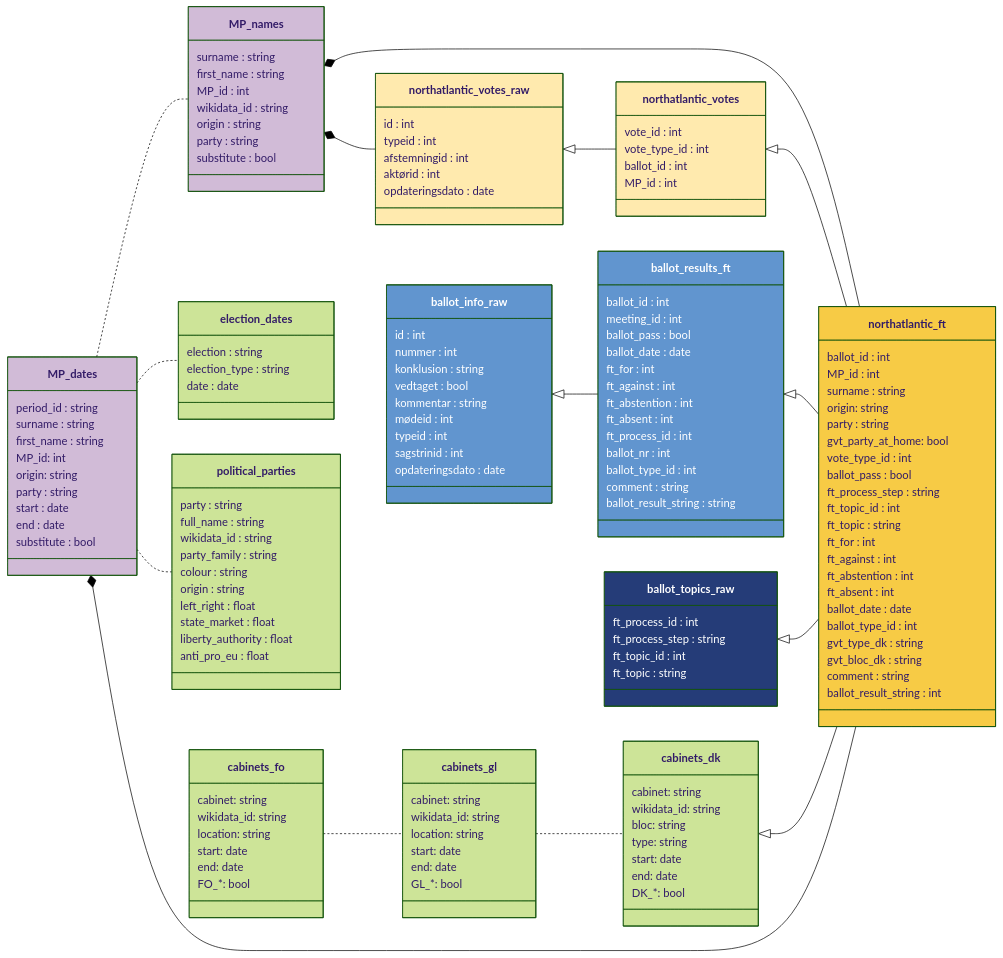
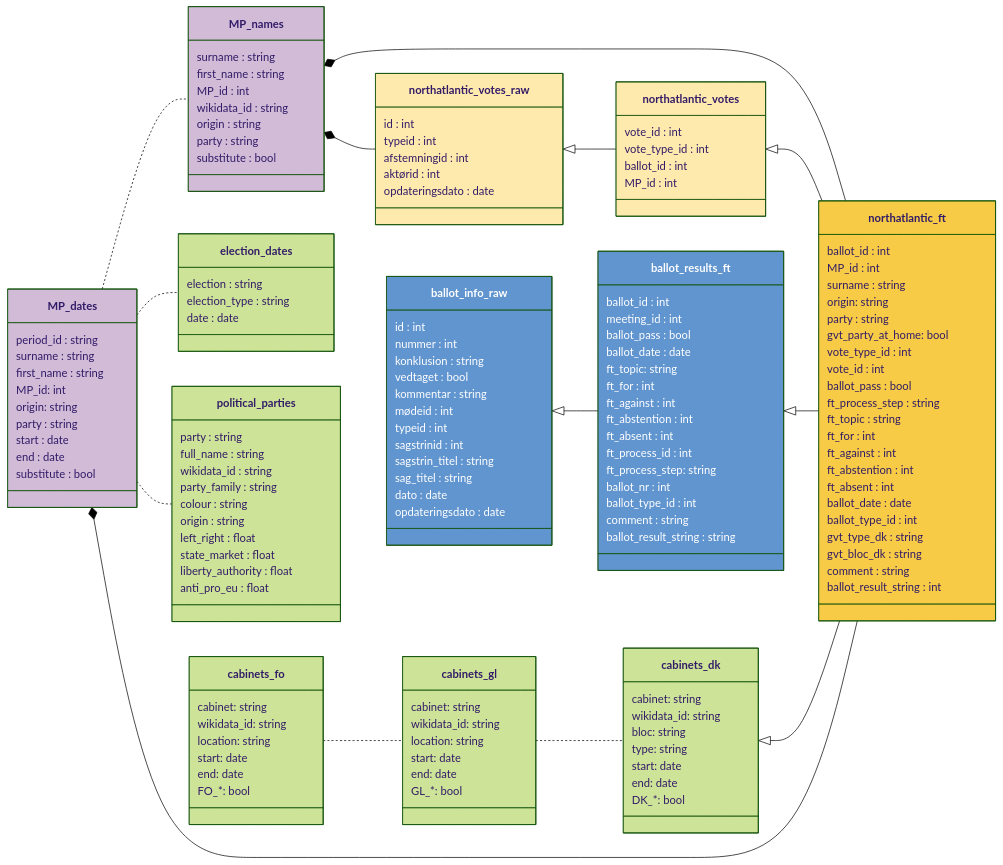
The diagram in docs/codebook.qmd (mtwente/nordatlantisk-ft), drawn with Mermaid (forest theme) before and after one commit. The commit also changed other lines of this file and 29 other files, not shown here.

````diff
--- a/docs/codebook.qmd
+++ b/docs/codebook.qmd
@@ -101,6 +100,6 @@
 ```{mermaid datamodel}
 %%| label: fig-datamodel
-%%| fig-cap: Chart illustrating the files used to create the dataset including variable names and types. Click on an element to jump to its description in the codebook.
+%%| fig-cap: Chart illustrating the files used to create the dataset including variable names and types.
 
 classDiagram
     direction LR
@@ -113,7 +112,6 @@
 
     northatlantic_votes <|-- northatlantic_ft
     ballot_results_ft <|-- northatlantic_ft
-    ballot_topics_raw <|-- northatlantic_ft
 
     MP_names *-- northatlantic_votes_raw
     northatlantic_votes_raw <|-- northatlantic_votes
@@ -134,9 +132,9 @@
         party : string
         gvt_party_at_home: bool
         vote_type_id : int
+        vote_id : int
         ballot_pass : bool
         ft_process_step : string
-        ft_topic_id : int
         ft_topic : string
         ft_for : int
         ft_against : int
@@ -190,11 +188,13 @@
         meeting_id : int
         ballot_pass : bool
         ballot_date : date
+        ft_topic: string
         ft_for : int
         ft_against : int
         ft_abstention : int
         ft_absent : int
         ft_process_id : int
+        ft_process_step: string
         ballot_nr : int
         ballot_type_id : int
         comment : string
@@ -210,14 +210,10 @@
         mødeid : int
         typeid : int
         sagstrinid : int
+        sagstrin_titel : string
+        sag_titel : string
+        dato : date
         opdateringsdato : date
-    }
-
-    class ballot_topics_raw {
-        ft_process_id : int
-        ft_process_step : string
-        ft_topic_id : int
-        ft_topic : string
     }
 
     class northatlantic_votes_raw {
@@ -272,8 +268,6 @@
 style ballot_info_raw fill:#6195CF,color:#FFFFFF
 style ballot_results_ft fill:#6195CF,color:#FFFFFF
 
-style ballot_topics_raw fill:#253C78,color:#FFFFFF
-
 style northatlantic_ft fill:#F7CB45
 
 style northatlantic_votes_raw fill:#FFEAAE
@@ -285,12 +279,11 @@
 click MP_dates href "#mp_dates" "tooltip"
 click election_dates href "#election_dates" "tooltip"
 click political_parties href "#political_parties" "tooltip"
-click MP_names href "#mp_names" "tooltip"
+click MP_names href "#MP_names" "tooltip"
 click northatlantic_votes_raw href "#northatlantic_votes_raw" "tooltip"
 click northatlantic_votes href "#northatlantic_votes" "tooltip"
 click ballot_info_raw href "#ballot_info_raw" "tooltip"
 click ballot_results_ft href "#ballot_results_ft" "tooltip"
-click ballot_topics_raw href "#ballot_topics_raw" "tooltip"
 click cabinets_fo href "#cabinets_fo" "tooltip"
 click cabinets_gl href "#cabinets_gl" "tooltip"
 click cabinets_dk href "#cabinets_dk" "tooltip"
````
